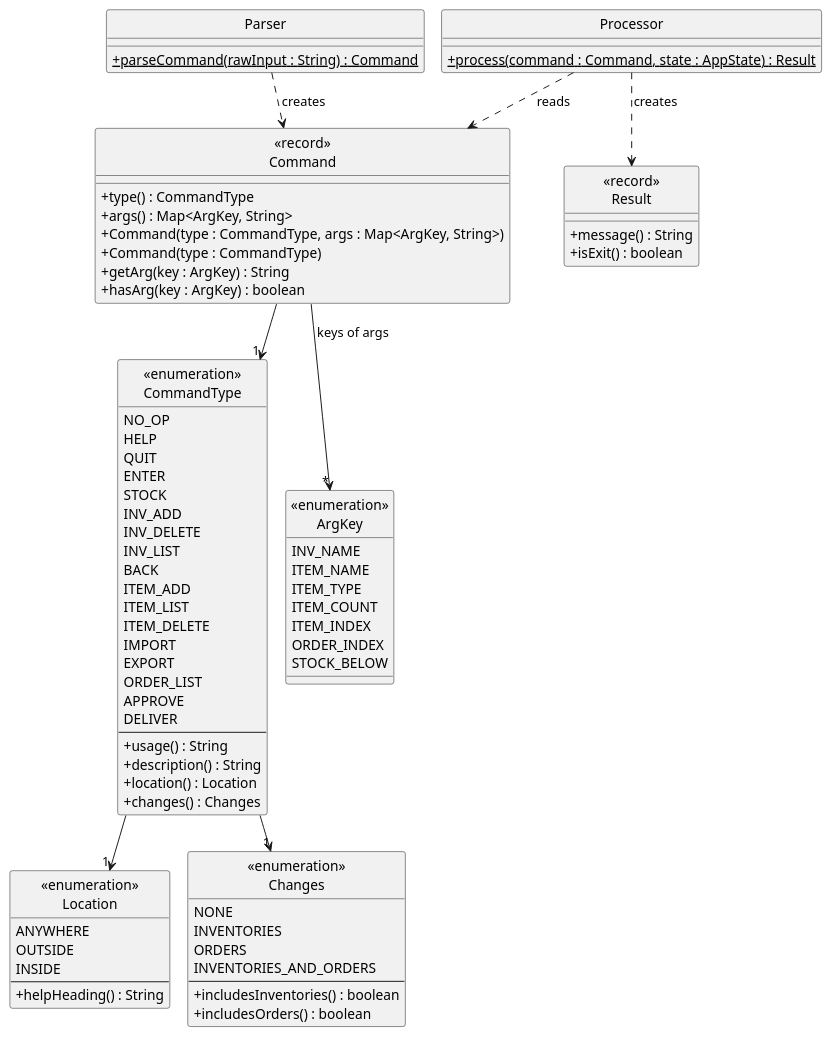
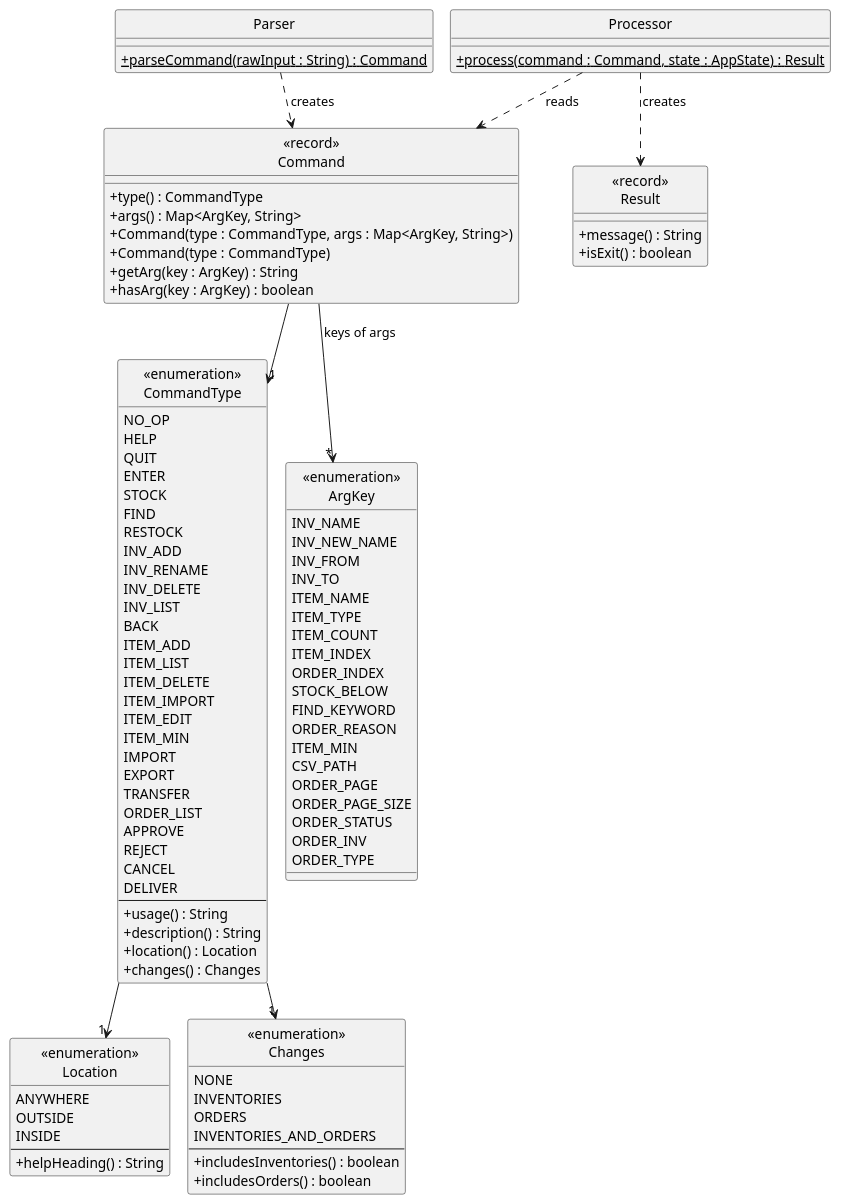
One commit to AY2627S1-CS2113-W14-4/tp changed the diagram in docs/diagrams/CommandClassDiagram.puml. Above: the diagram before and after it, drawn with PlantUML. The commit also changed 10 other files, not shown here.

First line of the commit message:
Bring Developer Guide and diagrams in line with current code

```diff
--- a/docs/diagrams/CommandClassDiagram.puml
+++ b/docs/diagrams/CommandClassDiagram.puml
@@ -1,88 +1,109 @@
 @startuml
 !pragma layout smetana
 hide circle
 skinparam classAttributeIconSize 0
 
 class "<<record>>\nCommand" as Command {
     + type() : CommandType
     + args() : Map<ArgKey, String>
     + Command(type : CommandType, args : Map<ArgKey, String>)
     + Command(type : CommandType)
     + getArg(key : ArgKey) : String
     + hasArg(key : ArgKey) : boolean
 }
 
 enum "<<enumeration>>\nCommandType" as CommandType {
     NO_OP
     HELP
     QUIT
     ENTER
     STOCK
+    FIND
+    RESTOCK
     INV_ADD
+    INV_RENAME
     INV_DELETE
     INV_LIST
     BACK
     ITEM_ADD
     ITEM_LIST
     ITEM_DELETE
+    ITEM_IMPORT
+    ITEM_EDIT
+    ITEM_MIN
     IMPORT
     EXPORT
+    TRANSFER
     ORDER_LIST
     APPROVE
+    REJECT
+    CANCEL
     DELIVER
     --
     + usage() : String
     + description() : String
     + location() : Location
     + changes() : Changes
 }
 
 enum "<<enumeration>>\nLocation" as Location {
     ANYWHERE
     OUTSIDE
     INSIDE
     --
     + helpHeading() : String
 }
 
 enum "<<enumeration>>\nChanges" as Changes {
     NONE
     INVENTORIES
     ORDERS
     INVENTORIES_AND_ORDERS
     --
     + includesInventories() : boolean
     + includesOrders() : boolean
 }
 
 enum "<<enumeration>>\nArgKey" as ArgKey {
     INV_NAME
+    INV_NEW_NAME
+    INV_FROM
+    INV_TO
     ITEM_NAME
     ITEM_TYPE
     ITEM_COUNT
     ITEM_INDEX
     ORDER_INDEX
     STOCK_BELOW
+    FIND_KEYWORD
+    ORDER_REASON
+    ITEM_MIN
+    CSV_PATH
+    ORDER_PAGE
+    ORDER_PAGE_SIZE
+    ORDER_STATUS
+    ORDER_INV
+    ORDER_TYPE
 }
 
 class "<<record>>\nResult" as Result {
     + message() : String
     + isExit() : boolean
 }
 
 class Parser {
     + {static} parseCommand(rawInput : String) : Command
 }
 
 class Processor {
     + {static} process(command : Command, state : AppState) : Result
 }
 
 Command --> "1" CommandType
 CommandType --> "1" Location
 CommandType --> "1" Changes
 Command --> "*" ArgKey : keys of args
 Parser ..> Command : creates
 Processor ..> Command : reads
 Processor ..> Result : creates
 @enduml
```
